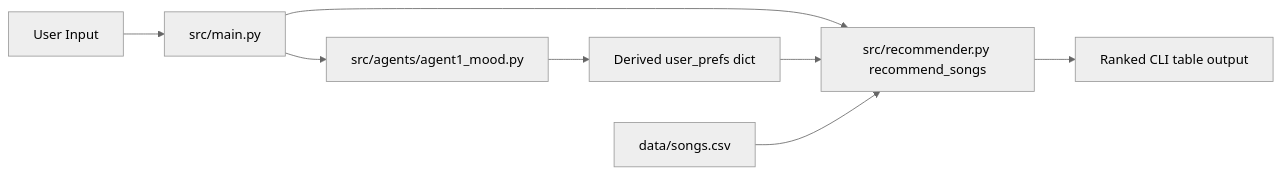
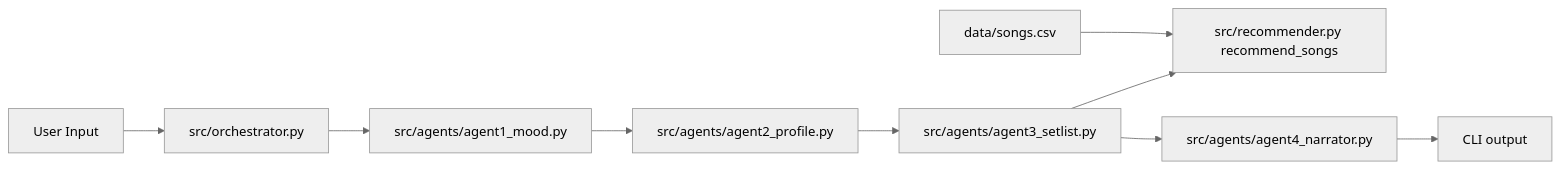
Before and after one commit to Davii-Ng/final-applied-AI-project: the first of 3 diagrams in docs/implementation_guide.md, drawn with Mermaid (neutral theme). The commit also changed other lines of this file and 17 other files, not shown here.

````diff
--- a/docs/implementation_guide.md
+++ b/docs/implementation_guide.md
@@ -33,10 +40,11 @@
 ```mermaid
 flowchart LR
-  U[User Input] --> M[src/main.py]
-  M --> A1[src/agents/agent1_mood.py]
-  A1 --> P[Derived user_prefs dict]
-  M --> R[src/recommender.py recommend_songs]
-  P --> R
+  U[User Input] --> O[src/orchestrator.py]
+  O --> A1[src/agents/agent1_mood.py]
+  A1 --> A2[src/agents/agent2_profile.py]
+  A2 --> A3[src/agents/agent3_setlist.py]
+  A3 --> R[src/recommender.py recommend_songs]
+  A3 --> A4[src/agents/agent4_narrator.py]
   D[data/songs.csv] --> R
-  R --> O[Ranked CLI table output]
+  A4 --> C[CLI output]
 ```
````
